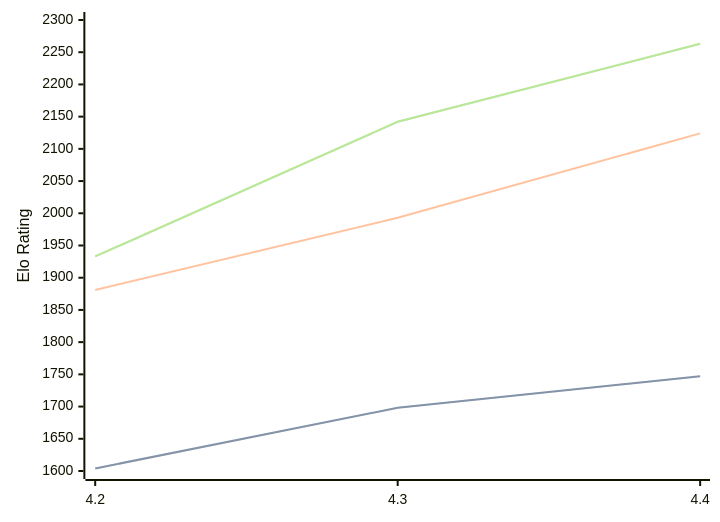
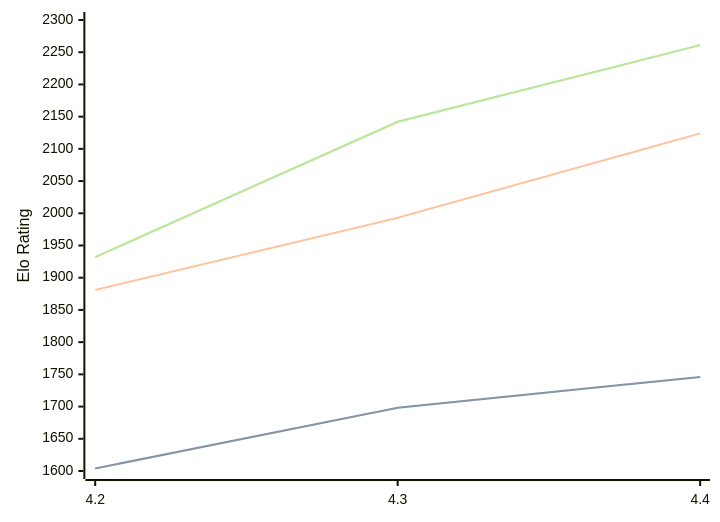
One commit to computer-chess-index/cci changed the diagram in engines/Radiance.md. Above: the diagram before and after it, drawn with Mermaid. The commit also changed other lines of this file, not shown here.

Commit message:
Update CCI Ratings (ELO VLTC) - 2026-05-14

````diff
--- a/engines/Radiance.md
+++ b/engines/Radiance.md
@@ -36,11 +36,11 @@
 ```mermaid
 %%{init: {"theme":"base","themeVariables":{"seriesColors:['#a3a3a3','#222221','#faa371']}}}%%
 xychart-beta
   x-axis ["4.2", "4.3", "4.4"]
   y-axis "Elo Rating" 1600 --> 2300
-  line "STC (8.0+0.08s)" [1604, 1698, 1747]
-  line "STC (8.0+0.08s)" [1604, 1698, 1747]
+  line "STC (8.0+0.08s)" [1604, 1698, 1746]
+  line "STC (8.0+0.08s)" [1604, 1698, 1746]
   line "LTC (60.0+0.60s)" [1881, 1993, 2124]
-  line "VLTC (2m24s+1.12s)" [1933, 2142, 2263]
-  line "VLTC (2m24s+1.12s)" [1933, 2142, 2263]
+  line "VLTC (2m24s+1.12s)" [1932, 2142, 2261]
+  line "VLTC (2m24s+1.12s)" [1932, 2142, 2261]
 ```
````
